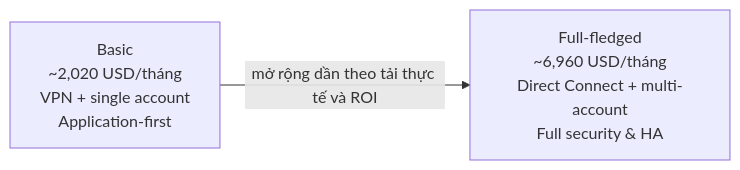
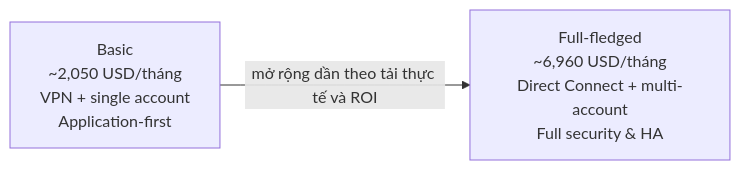
Before and after one commit to hinorashi/homecommer: the third of 4 diagrams in aws-adoption-for-sme.md, drawn with Mermaid. The commit also changed other lines of this file, not shown here.

````diff
--- a/aws-adoption-for-sme.md
+++ b/aws-adoption-for-sme.md
@@ -350,4 +389,4 @@
 ```mermaid
 flowchart LR
-  Basic["Basic\n~2,020 USD/tháng\nVPN + single account\nApplication-first"] -->|mở rộng dần theo tải thực tế và ROI| Full["Full-fledged\n~6,960 USD/tháng\nDirect Connect + multi-account\nFull security & HA"]
+  Basic["Basic\n~2,050 USD/tháng\nVPN + single account\nApplication-first"] -->|mở rộng dần theo tải thực tế và ROI| Full["Full-fledged\n~6,960 USD/tháng\nDirect Connect + multi-account\nFull security & HA"]
 ```
````
